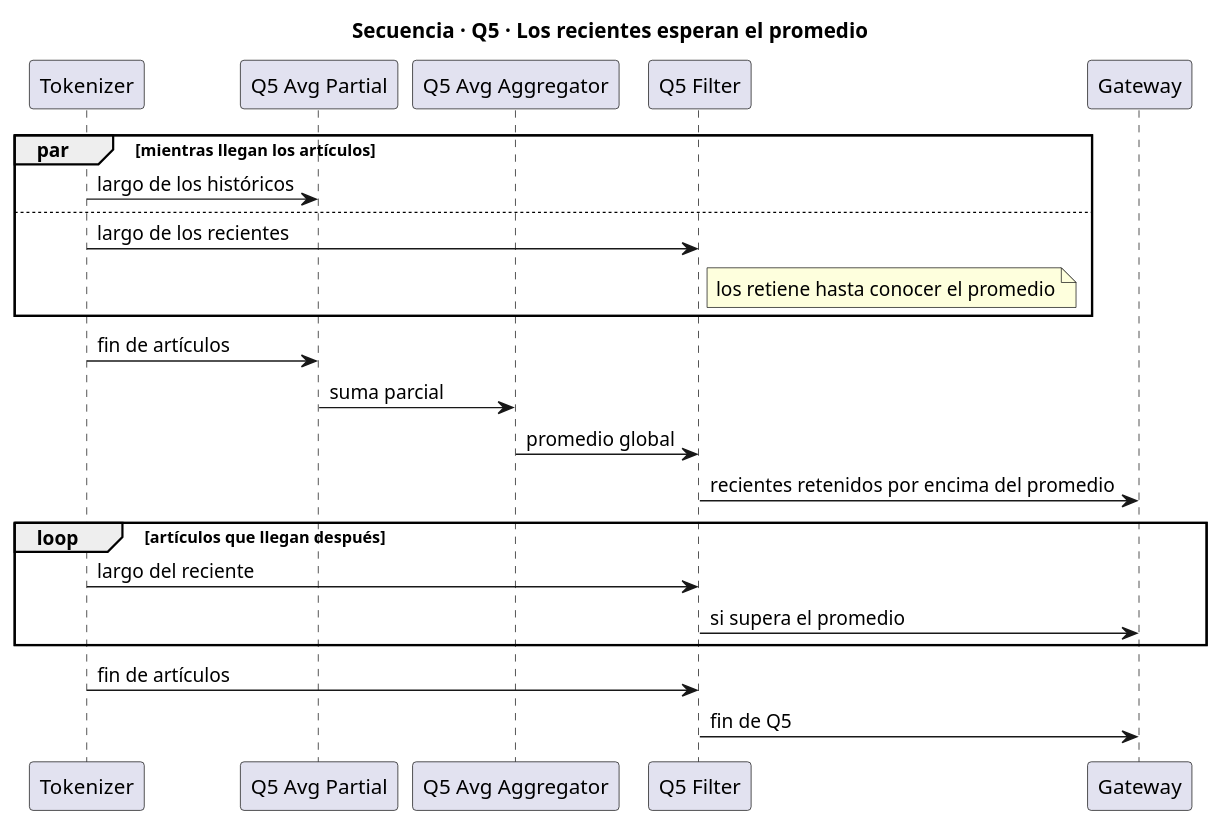
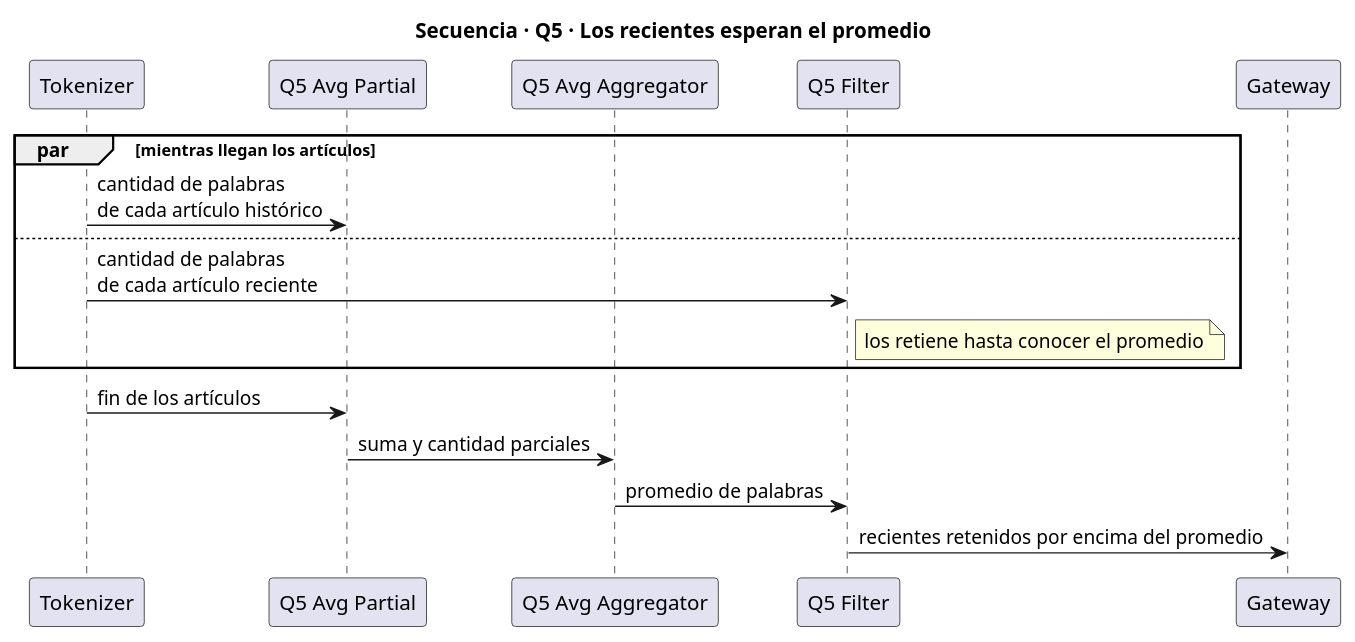
Before and after one commit to NicoPodesta/trabajo-final-distribuidos: the diagram in Diagramas/secuencia/secuencia q5-promedio.puml, drawn with PlantUML.

Commit message:
Docs: Actualizo Diag. Secuencia q5

```diff
--- a/Diagramas/secuencia/secuencia q5-promedio.puml
+++ b/Diagramas/secuencia/secuencia q5-promedio.puml
@@ -1,30 +1,23 @@
 @startuml q5-promedio
 title Secuencia · Q5 · Los recientes esperan el promedio
 
 participant "Tokenizer" as T
 participant "Q5 Avg Partial" as A
 participant "Q5 Avg Aggregator" as G
 participant "Q5 Filter" as F
 participant "Gateway" as GW
 
 par mientras llegan los artículos
-    T -> A : largo de los históricos
+    T -> A : cantidad de palabras\nde cada artículo histórico
 else
-    T -> F : largo de los recientes
+    T -> F : cantidad de palabras\nde cada artículo reciente
     note right of F : los retiene hasta conocer el promedio
 end
 
-T -> A : fin de artículos
-A -> G : suma parcial
-G -> F : promedio global
+T -> A : fin de los artículos
+A -> G : suma y cantidad parciales
+G -> F : promedio de palabras
 
 F -> GW : recientes retenidos por encima del promedio
 
-loop artículos que llegan después
-    T -> F : largo del reciente
-    F -> GW : si supera el promedio
-end
-
-T -> F : fin de artículos
-F -> GW : fin de Q5
 @enduml
```
